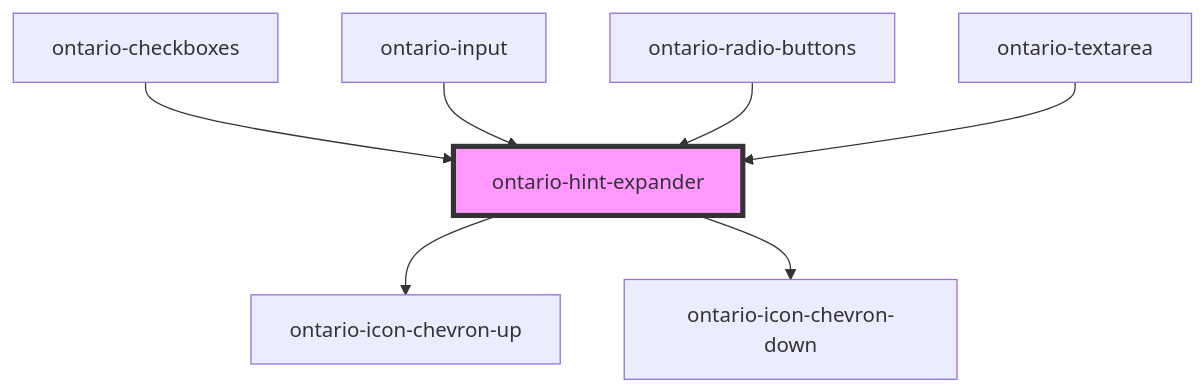
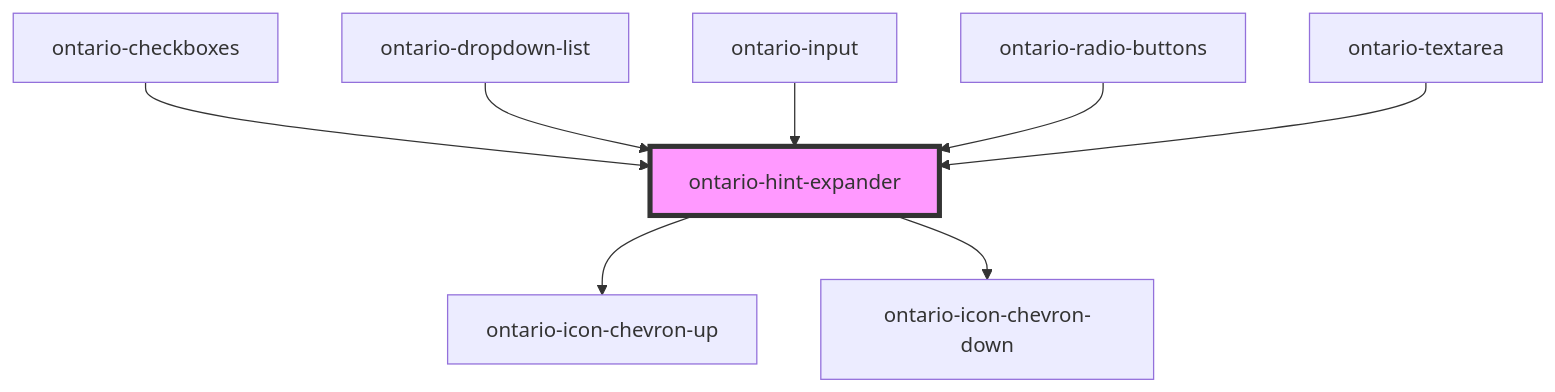
Before and after one commit to ongov/ontario-design-system: the diagram in packages/ontario-design-system-component-library/src/components/ontario-hint-expander/readme.md, drawn with Mermaid. The commit also changed other lines of this file and 10 other files, not shown here.

First line of the commit message:
DS-916: Hint expander accessibility screen reader text

````diff
--- a/packages/ontario-design-system-component-library/src/components/ontario-hint-expander/readme.md
+++ b/packages/ontario-design-system-component-library/src/components/ontario-hint-expander/readme.md
@@ -92,10 +93,11 @@
 ```mermaid
 graph TD;
   ontario-hint-expander --> ontario-icon-chevron-up
   ontario-hint-expander --> ontario-icon-chevron-down
   ontario-checkboxes --> ontario-hint-expander
+  ontario-dropdown-list --> ontario-hint-expander
   ontario-input --> ontario-hint-expander
   ontario-radio-buttons --> ontario-hint-expander
   ontario-textarea --> ontario-hint-expander
   style ontario-hint-expander fill:#f9f,stroke:#333,stroke-width:4px
 ```
````
